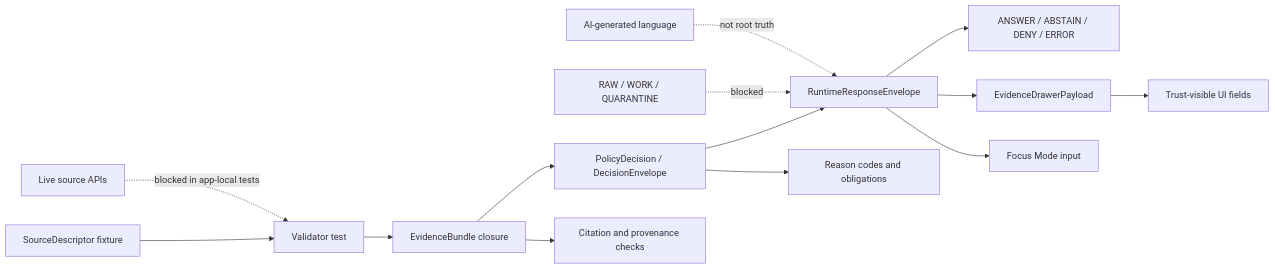
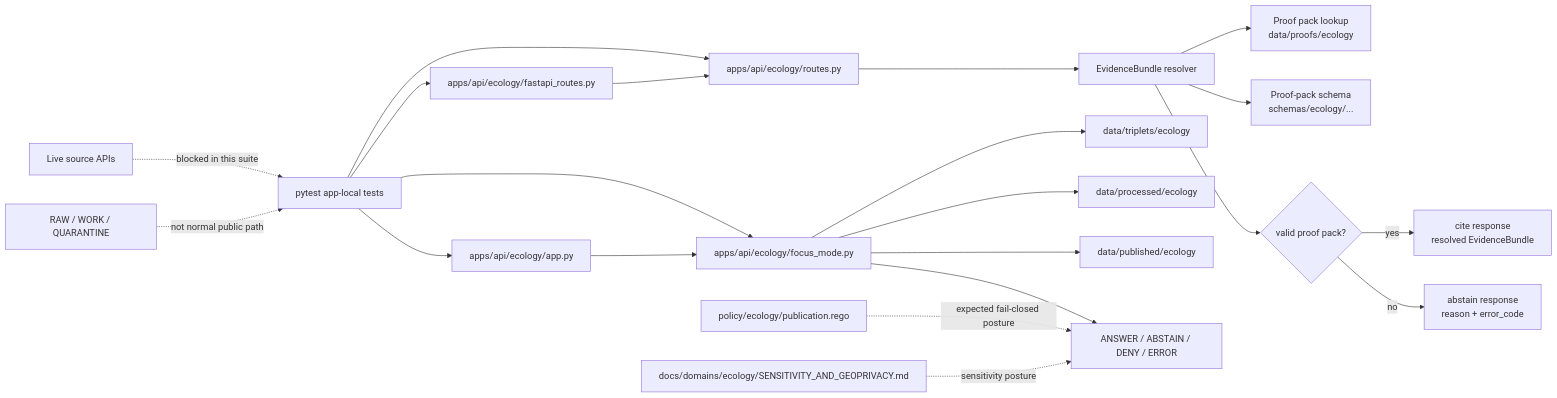
The diagram in apps/api/ecology/tests/README.md (bartytime4life/Kansas-Frontier-Matrix), drawn with Mermaid before and after one commit. The commit also changed other lines of this file, not shown here.

````diff
--- a/apps/api/ecology/tests/README.md
+++ b/apps/api/ecology/tests/README.md
@@ -238,18 +272,29 @@
 ```mermaid
 flowchart LR
-    SD[SourceDescriptor fixture] --> VF[Validator test]
-    VF --> EB[EvidenceBundle closure]
-    EB --> PD[PolicyDecision / DecisionEnvelope]
-    PD --> RR[RuntimeResponseEnvelope]
-    RR --> OUT[ANSWER / ABSTAIN / DENY / ERROR]
-    RR --> ED[EvidenceDrawerPayload]
-    RR --> FM[Focus Mode input]
+  T[pytest app-local tests] --> R[apps/api/ecology/routes.py]
+  T --> FAPI[apps/api/ecology/fastapi_routes.py]
+  T --> FAPP[apps/api/ecology/app.py]
+  T --> FM[apps/api/ecology/focus_mode.py]
 
-    RAW[RAW / WORK / QUARANTINE] -. blocked .-> RR
-    LIVE[Live source APIs] -. blocked in app-local tests .-> VF
-    GEN[AI-generated language] -. not root truth .-> RR
+  R --> RES[EvidenceBundle resolver]
+  FAPI --> R
+  FAPP --> FM
 
-    EB --> CIT[Citation and provenance checks]
-    PD --> OBL[Reason codes and obligations]
-    ED --> TRUST[Trust-visible UI fields]
+  RES --> PP[Proof pack lookup<br/>data/proofs/ecology]
+  RES --> SCHEMA[Proof-pack schema<br/>schemas/ecology/...]
+  RES --> CITE{valid proof pack?}
+
+  CITE -->|yes| BUNDLE[cite response<br/>resolved EvidenceBundle]
+  CITE -->|no| ABSTAIN[abstain response<br/>reason + error_code]
+
+  FM --> TRIPLET[data/triplets/ecology]
+  FM --> PROCESSED[data/processed/ecology]
+  FM --> PUBLISHED[data/published/ecology]
+  FM --> OUTCOME[ANSWER / ABSTAIN / DENY / ERROR]
+
+  POLICY[policy/ecology/publication.rego] -. expected fail-closed posture .-> OUTCOME
+  GEO[docs/domains/ecology/SENSITIVITY_AND_GEOPRIVACY.md] -. sensitivity posture .-> OUTCOME
+
+  LIVE[Live source APIs] -. blocked in this suite .-> T
+  RAW[RAW / WORK / QUARANTINE] -. not normal public path .-> T
 ```
````
